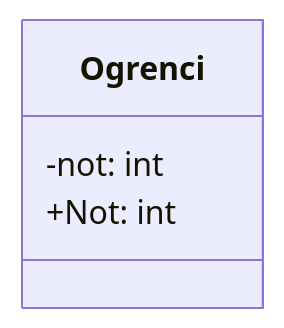
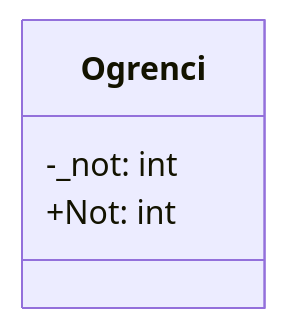
Before and after one commit to ibrahimayaz/Nesne-Yonelimli-Programlama-2025: the second of 5 diagrams in Hafta04/README.md, drawn with Mermaid. The commit also changed other lines of this file, not shown here.

````diff
--- a/Hafta04/README.md
+++ b/Hafta04/README.md
@@ -88,7 +111,7 @@
 ```mermaid
 classDiagram
     class Ogrenci {
-      -not: int
+      -_not: int
       +Not: int
     }
 ```
````
